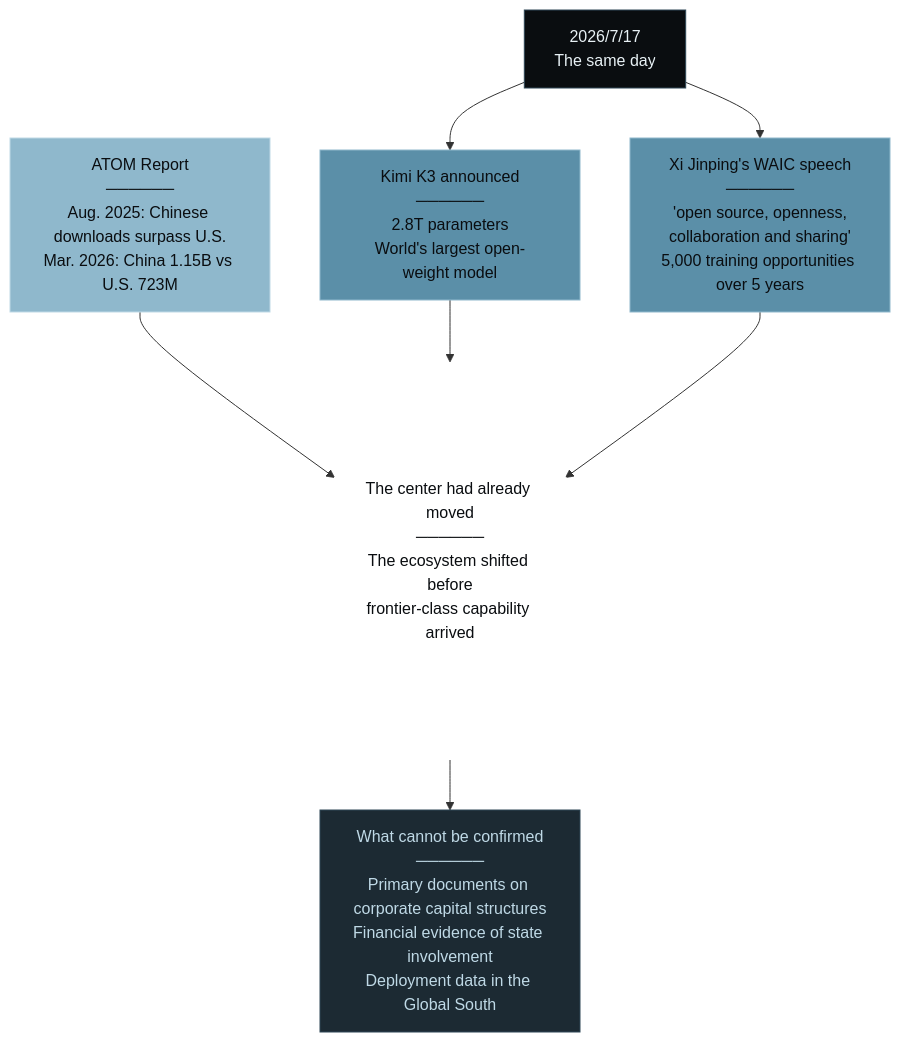
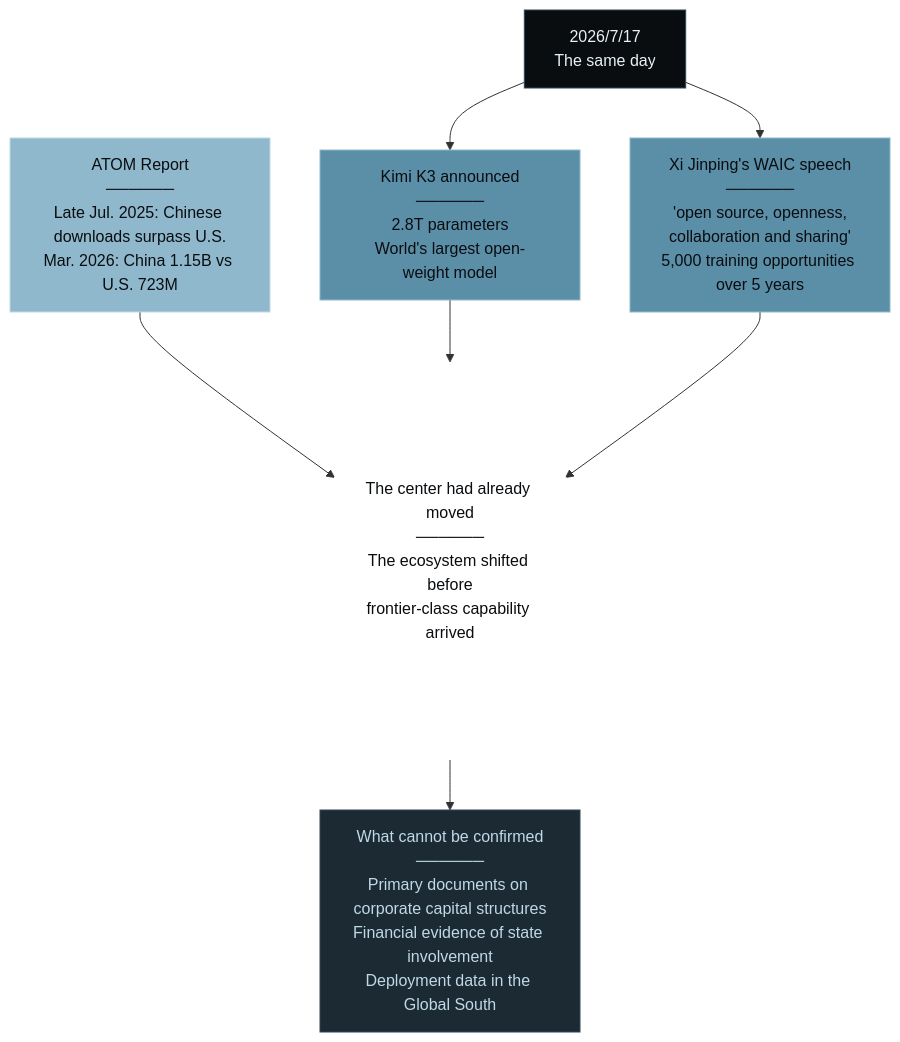
The ninth of 9 diagrams in docs/en/frontier-grade-open-weights_EN.md (Leading-AI-IO/frontier-grade-open-weights), drawn with Mermaid before and after one commit. The commit also changed other lines of this file, not shown here.

````diff
--- a/docs/en/frontier-grade-open-weights_EN.md
+++ b/docs/en/frontier-grade-open-weights_EN.md
@@ -1595,16 +1721,16 @@
 ```mermaid
 graph TD
     A["2026/7/17<br/>The same day"] --> B["Kimi K3 announced<br/>──────<br/>2.8T parameters<br/>World's largest open-weight model"]
     A --> C["Xi Jinping's WAIC speech<br/>──────<br/>'open source, openness,<br/>collaboration and sharing'<br/>5,000 training opportunities over 5 years"]
-    D["ATOM Report<br/>──────<br/>Aug. 2025: Chinese downloads surpass U.S.<br/>Mar. 2026: China 1.15B vs U.S. 723M"] --> E{"The center had already moved<br/>──────<br/>The ecosystem shifted before<br/>frontier-class capability arrived"}
+    D["ATOM Report<br/>──────<br/>Late Jul. 2025: Chinese downloads surpass U.S.<br/>Mar. 2026: China 1.15B vs U.S. 723M"] --> E{"The center had already moved<br/>──────<br/>The ecosystem shifted before<br/>frontier-class capability arrived"}
     B --> E
     C --> E
     E --> F["What cannot be confirmed<br/>──────<br/>Primary documents on corporate capital structures<br/>Financial evidence of state involvement<br/>Deployment data in the Global South"]
 
     style A fill:#0A0D10,stroke:#2E4756,color:#E8F1F5
     style B fill:#5B8FA8,stroke:#8FB8CC,color:#0A0D10
     style C fill:#5B8FA8,stroke:#8FB8CC,color:#0A0D10
     style D fill:#8FB8CC,stroke:#BFD9E6,color:#0A0D10
     style E fill:#FFFFFF,stroke:#FFFFFF,color:#0A0D10
     style F fill:#1C2A33,stroke:#2E4756,color:#BFD9E6
 ```
````
